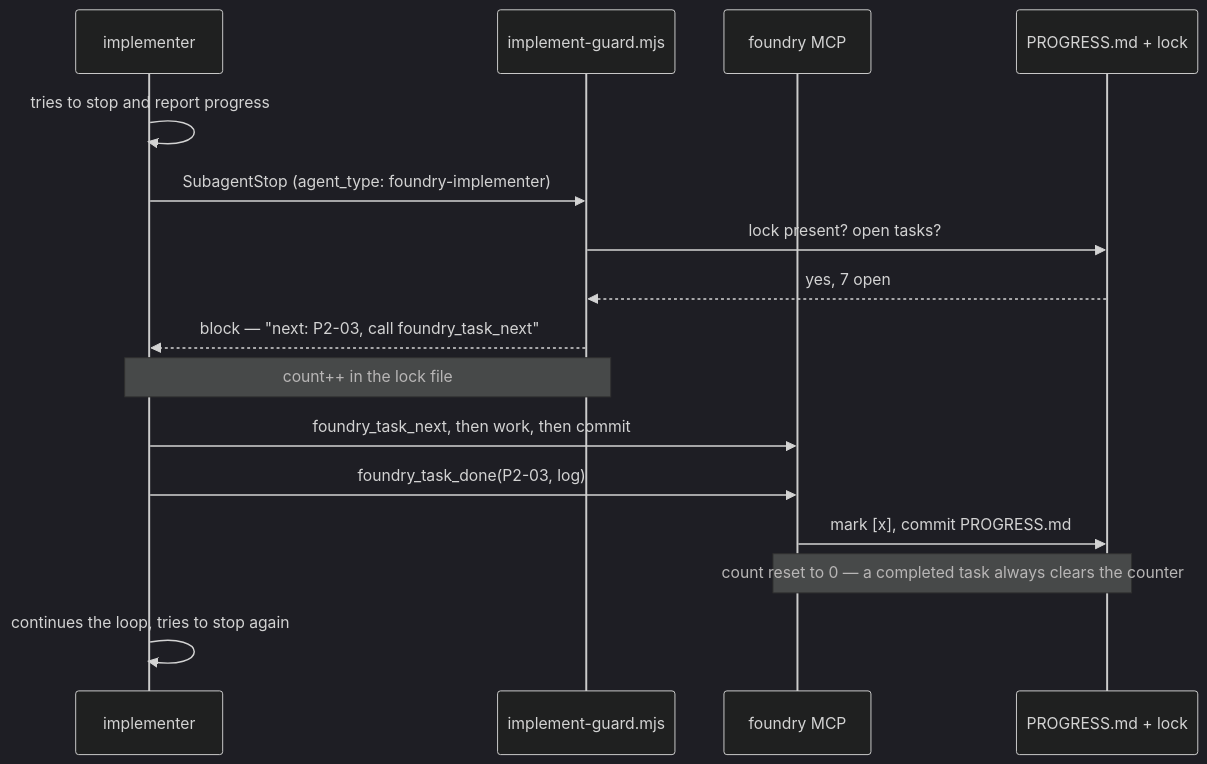
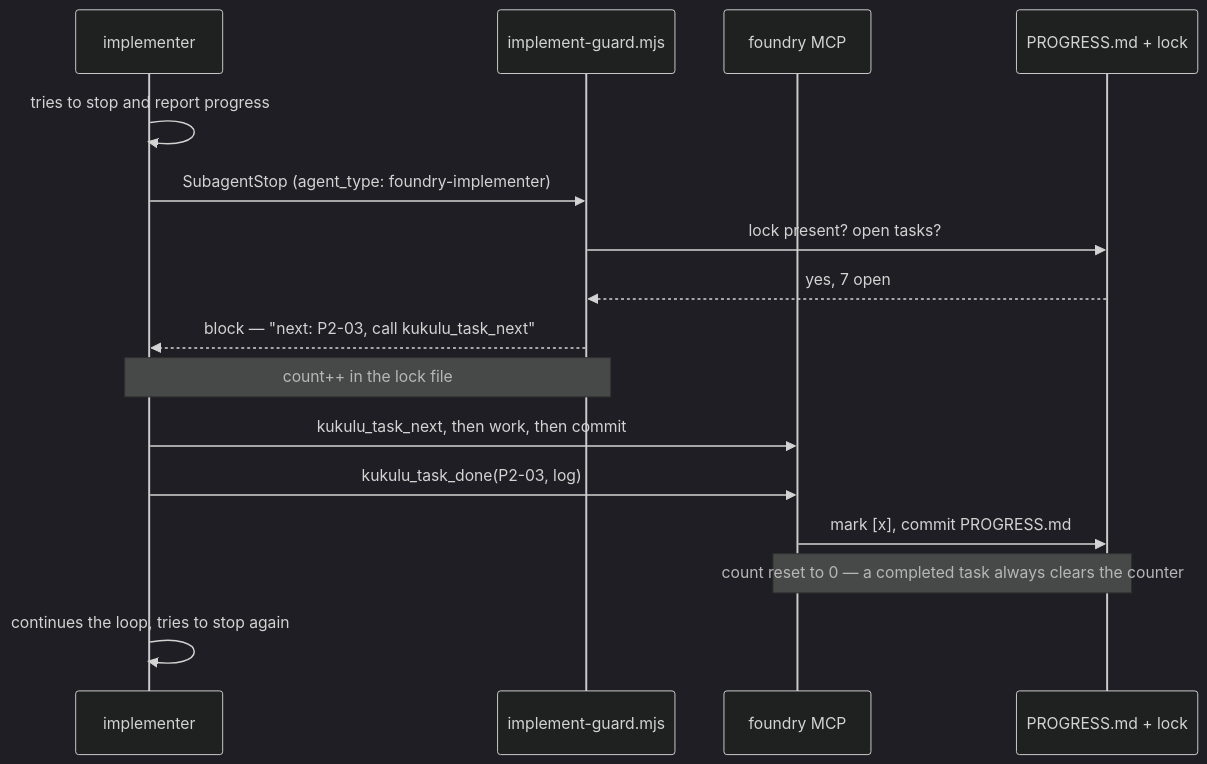
The fourth of 4 diagrams in docs/architecture.md (DisplaceTech/kukulu), drawn with Mermaid (dark theme) before and after one commit. The commit also changed other lines of this file and 30 other files, not shown here.

First line of the commit message:
RN-03: Rename the MCP tools from foundry_* to kukulu_*

````diff
--- a/docs/architecture.md
+++ b/docs/architecture.md
@@ -240,19 +240,19 @@
 ```mermaid
 sequenceDiagram
     participant IMP as implementer
     participant HOOK as implement-guard.mjs
     participant MCP as foundry MCP
     participant DISK as PROGRESS.md + lock
 
     IMP->>IMP: tries to stop and report progress
     IMP->>HOOK: SubagentStop (agent_type: foundry-implementer)
     HOOK->>DISK: lock present? open tasks?
     DISK-->>HOOK: yes, 7 open
-    HOOK-->>IMP: block — "next: P2-03, call foundry_task_next"
+    HOOK-->>IMP: block — "next: P2-03, call kukulu_task_next"
     Note over IMP,HOOK: count++ in the lock file
-    IMP->>MCP: foundry_task_next, then work, then commit
-    IMP->>MCP: foundry_task_done(P2-03, log)
+    IMP->>MCP: kukulu_task_next, then work, then commit
+    IMP->>MCP: kukulu_task_done(P2-03, log)
     MCP->>DISK: mark [x], commit PROGRESS.md
     Note over MCP,DISK: count reset to 0 — a completed task always clears the counter
     IMP->>IMP: continues the loop, tries to stop again
 ```
````
